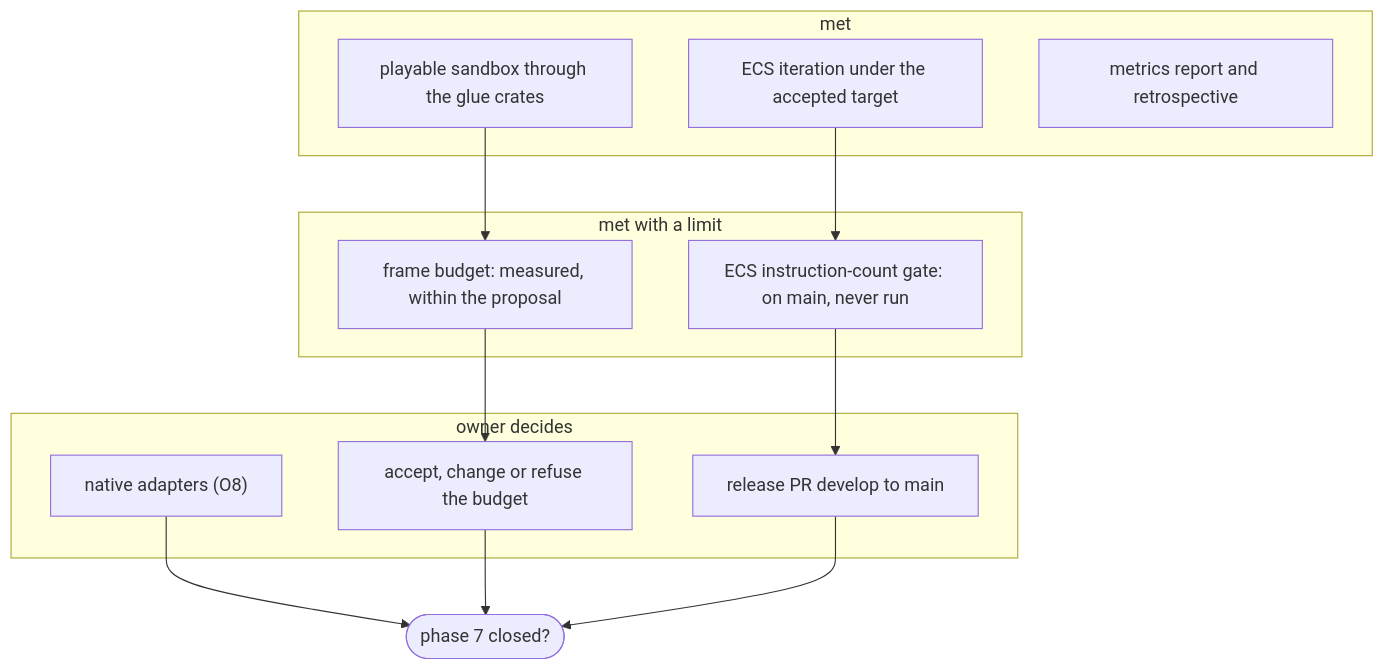
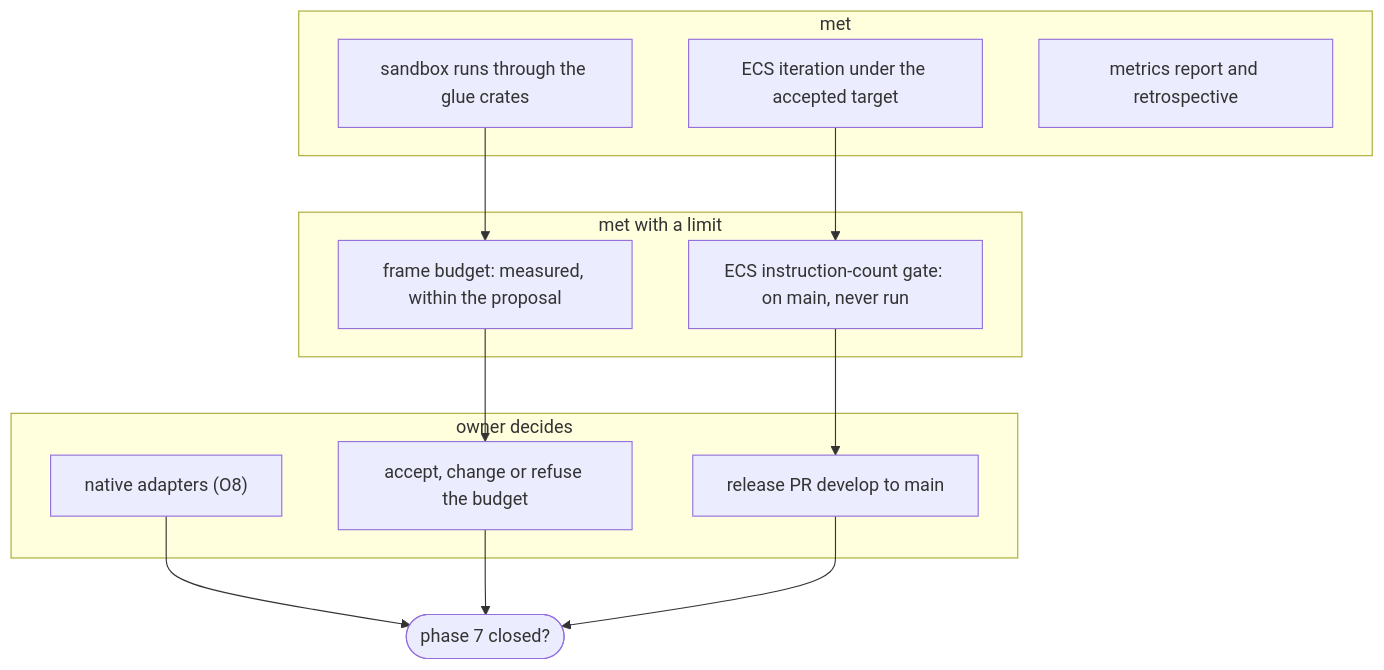
The second of 2 diagrams in wiki/spikes/phase7-milestone-review.md (giamat90/DuckEngine), drawn with Mermaid before and after one commit. The commit also changed other lines of this file and 1 other file, not shown here.

````diff
--- a/wiki/spikes/phase7-milestone-review.md
+++ b/wiki/spikes/phase7-milestone-review.md
@@ -78,24 +78,24 @@
 ```mermaid
 flowchart TD
   subgraph met["met"]
     ecs["ECS iteration under the accepted target"]
-    smp["playable sandbox through the glue crates"]
+    smp["sandbox runs through the glue crates"]
     met2["metrics report and retrospective"]
   end
   subgraph partly["met with a limit"]
     gate["ECS instruction-count gate: on main, never run"]
     fb["frame budget: measured, within the proposal"]
   end
   subgraph pending["owner decides"]
     acc["accept, change or refuse the budget"]
     nat["native adapters (O8)"]
     rel["release PR develop to main"]
   end
   ecs --> gate
   smp --> fb
   fb --> acc
   gate --> rel
   nat --> done(["phase 7 closed?"])
   acc --> done
   rel --> done
 ```
````
